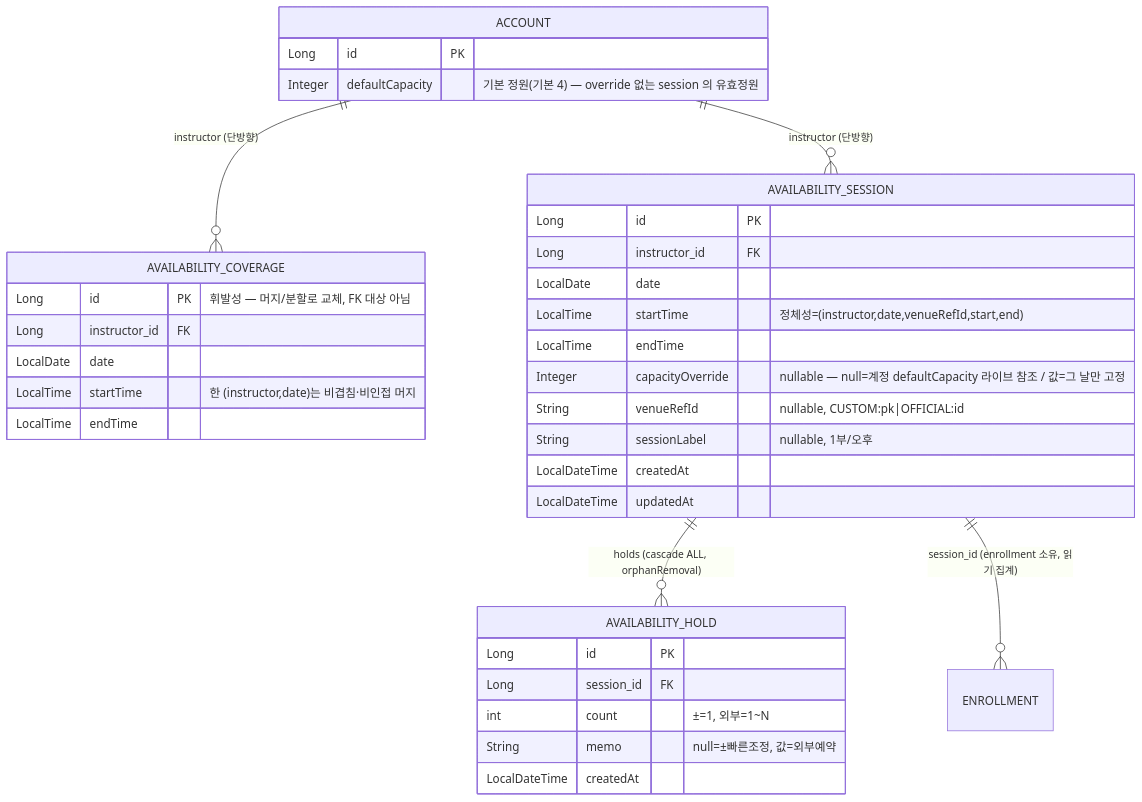
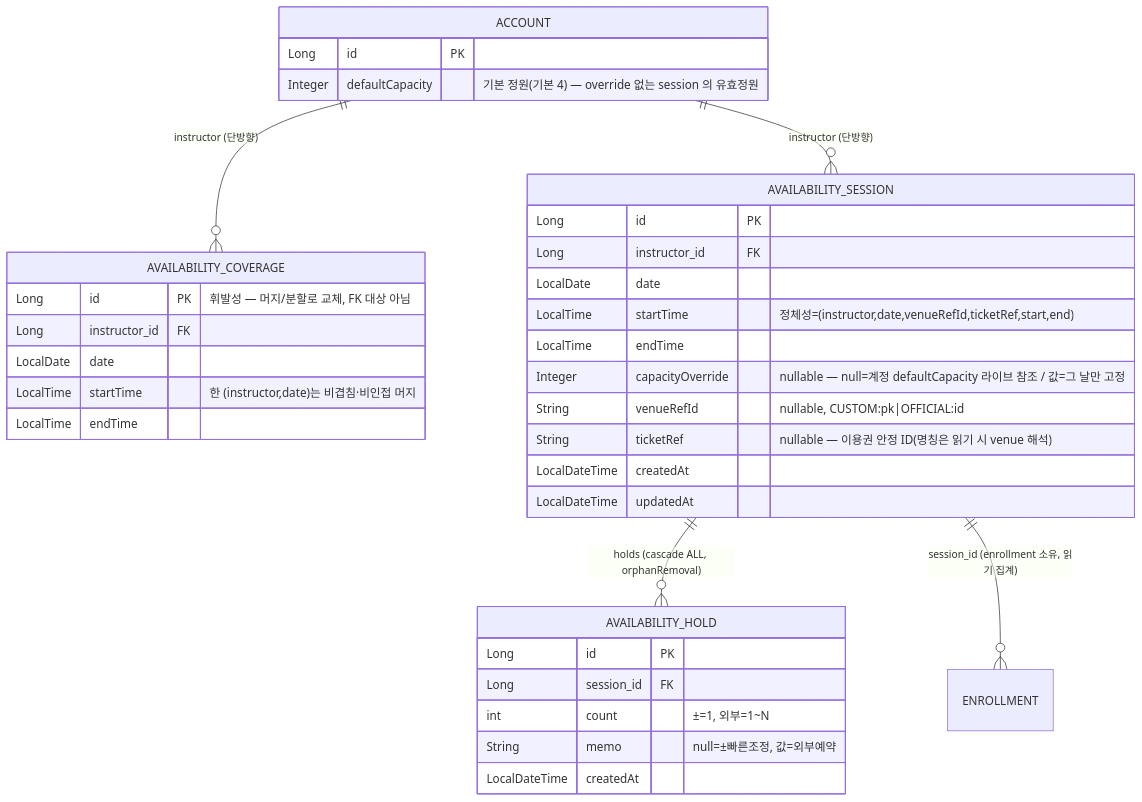
Before and after one commit to pungdong/Pungdong-Backend: the fifth of 5 diagrams in docs/architecture/availability.md, drawn with Mermaid. The commit also changed other lines of this file and 9 other files, not shown here.

First line of the commit message:
Refactor: session 라벨을 ticketRef 링킹으로 정규화 (명칭은 BE 가 venue 에서 해석)

````diff
--- a/docs/architecture/availability.md
+++ b/docs/architecture/availability.md
@@ -123,38 +123,38 @@
 ```mermaid
 erDiagram
   ACCOUNT ||--o{ AVAILABILITY_COVERAGE : "instructor (단방향)"
   ACCOUNT ||--o{ AVAILABILITY_SESSION : "instructor (단방향)"
   AVAILABILITY_SESSION ||--o{ AVAILABILITY_HOLD : "holds (cascade ALL, orphanRemoval)"
   AVAILABILITY_SESSION ||--o{ ENROLLMENT : "session_id (enrollment 소유, 읽기 집계)"
 
   ACCOUNT {
     Long id PK
     Integer defaultCapacity "기본 정원(기본 4) — override 없는 session 의 유효정원"
   }
   AVAILABILITY_COVERAGE {
     Long id PK "휘발성 — 머지/분할로 교체, FK 대상 아님"
     Long instructor_id FK
     LocalDate date
     LocalTime startTime "한 (instructor,date)는 비겹침·비인접 머지"
     LocalTime endTime
   }
   AVAILABILITY_SESSION {
     Long id PK
     Long instructor_id FK
     LocalDate date
-    LocalTime startTime "정체성=(instructor,date,venueRefId,start,end)"
+    LocalTime startTime "정체성=(instructor,date,venueRefId,ticketRef,start,end)"
     LocalTime endTime
     Integer capacityOverride "nullable — null=계정 defaultCapacity 라이브 참조 / 값=그 날만 고정"
     String venueRefId "nullable, CUSTOM:pk|OFFICIAL:id"
-    String sessionLabel "nullable, 1부/오후"
+    String ticketRef "nullable — 이용권 안정 ID(명칭은 읽기 시 venue 해석)"
     LocalDateTime createdAt
     LocalDateTime updatedAt
   }
   AVAILABILITY_HOLD {
     Long id PK
     Long session_id FK
     int count "±=1, 외부=1~N"
     String memo "null=±빠른조정, 값=외부예약"
     LocalDateTime createdAt
   }
 ```
````
